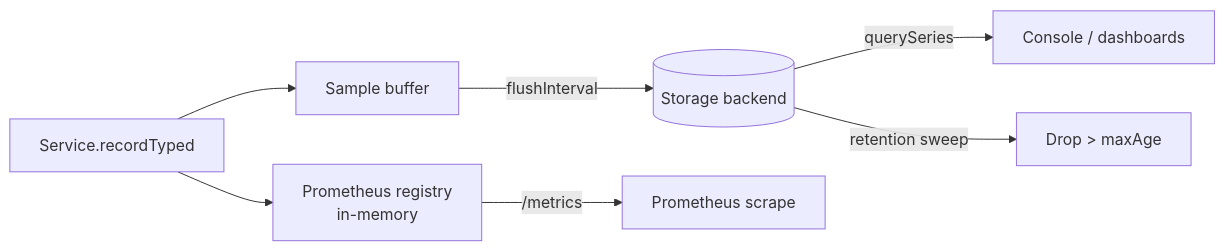
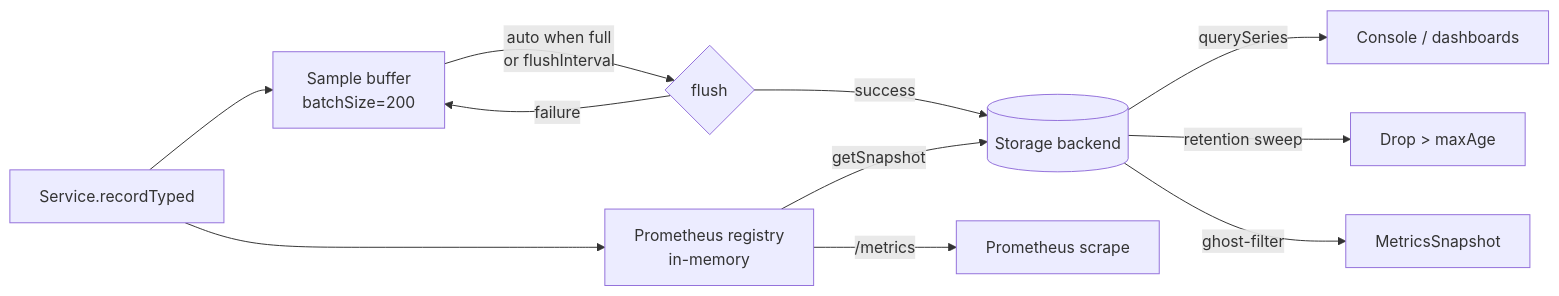
Before and after one commit to omnitron-dev/website: the diagram in docs/titan/modules/metrics.mdx, drawn with Mermaid. The commit also changed other lines of this file and 4 other files, not shown here.

````diff
--- a/docs/titan/modules/metrics.mdx
+++ b/docs/titan/modules/metrics.mdx
@@ -178,10 +320,14 @@
 ```mermaid
 flowchart LR
   Code[Service.recordTyped]
   Code --> Reg[Prometheus registry<br/>in-memory]
-  Code --> Buf[Sample buffer]
-  Buf -- flushInterval --> Storage[(Storage backend)]
+  Code --> Buf[Sample buffer<br/>batchSize=200]
+  Buf -- auto when full<br/>or flushInterval --> Flush{flush}
+  Flush -- success --> Storage[(Storage backend)]
+  Flush -- failure --> Buf
   Reg -- /metrics --> Prom[Prometheus scrape]
   Storage -- querySeries --> Dashboard[Console / dashboards]
   Storage -- retention sweep --> Cleanup[Drop > maxAge]
+  Reg -- getSnapshot --> Storage
+  Storage -- ghost-filter --> Snap[MetricsSnapshot]
 ```
````
